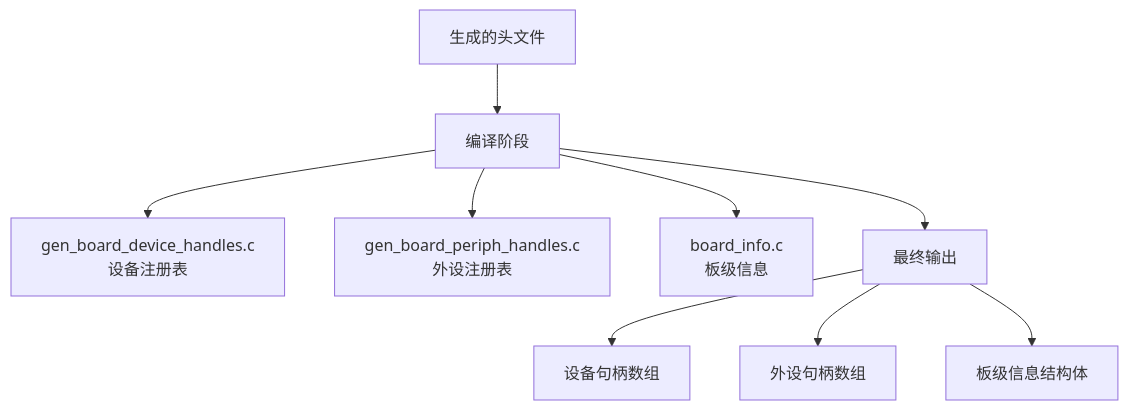
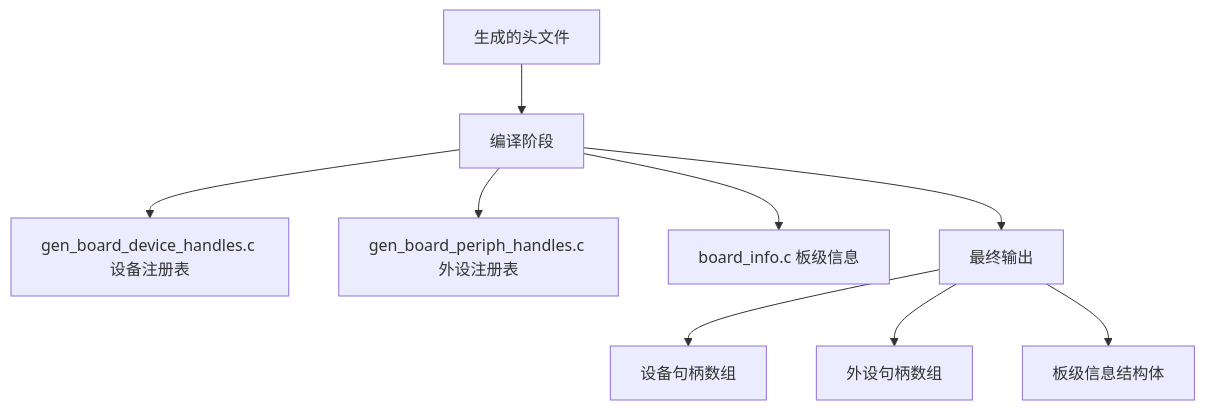
Before and after one commit to diskman88/gmf_board_manager_docs: the fourth of 9 diagrams in index.md, drawn with Mermaid. The commit also changed other lines of this file, not shown here.

````diff
--- a/index.md
+++ b/index.md
@@ -113,11 +113,11 @@
 ```mermaid
 flowchart TD
     A[生成的头文件] --> B[编译阶段]
-    B --> B1[gen_board_device_handles.c\n设备注册表]
-    B --> B2[gen_board_periph_handles.c\n外设注册表]
-    B --> B3[board_info.c\n板级信息]
+    B --> B1[gen_board_device_handles.c 设备注册表]
+    B --> B2[gen_board_periph_handles.c 外设注册表]
+    B --> B3[board_info.c 板级信息]
     B --> C[最终输出]
     C --> C1[设备句柄数组]
     C --> C2[外设句柄数组]
     C --> C3[板级信息结构体]
 ```
````
